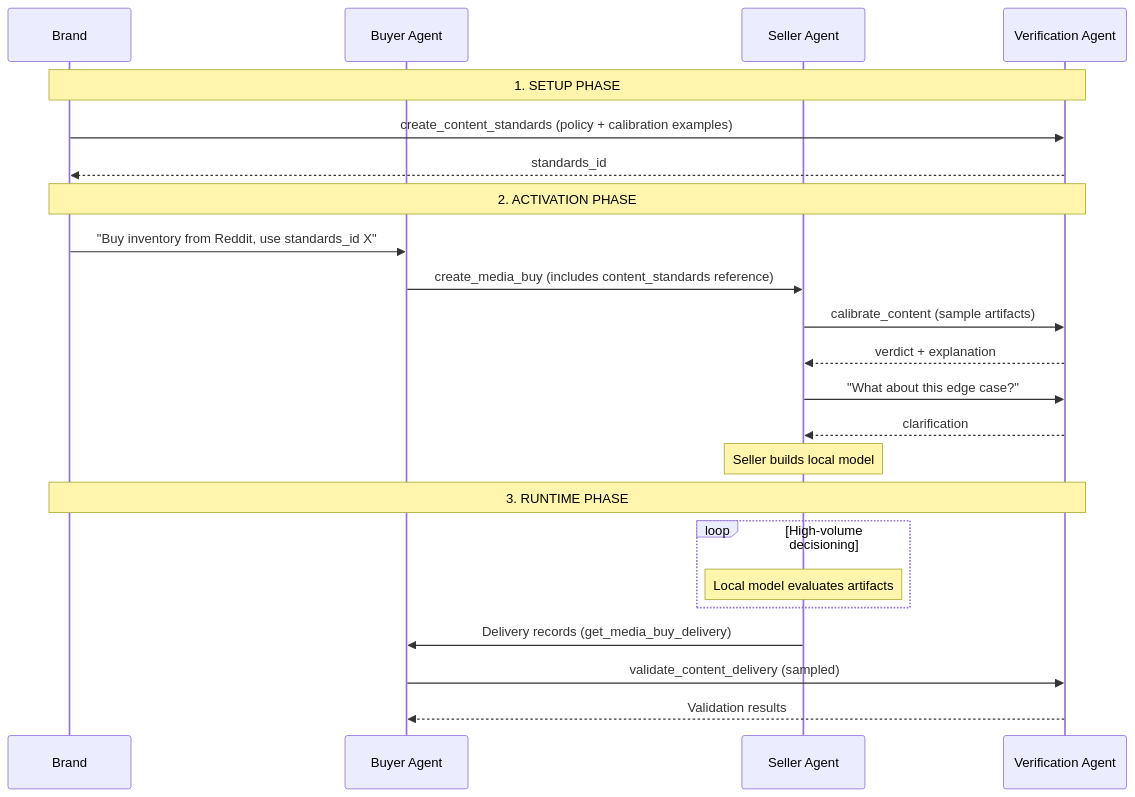
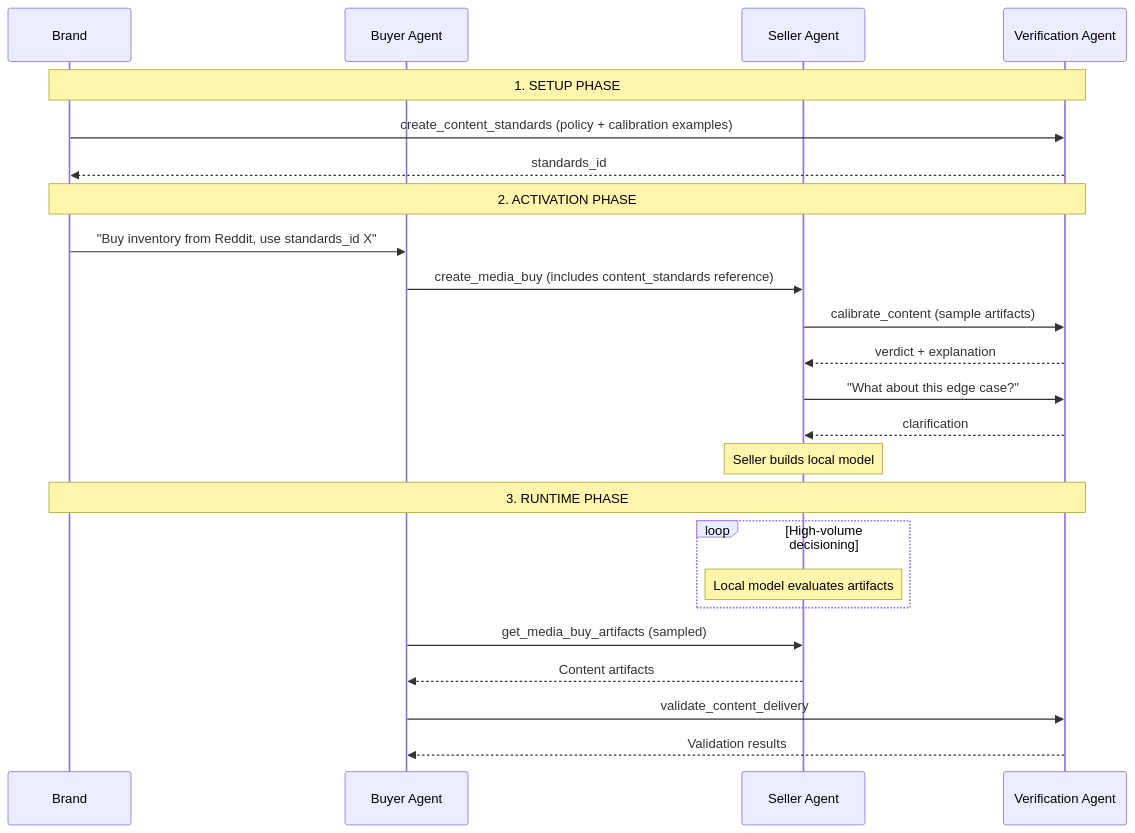
The diagram in docs/governance/content-standards/index.mdx (adcontextprotocol/adcp), drawn with Mermaid before and after one commit. The commit also changed other lines of this file and 6 other files, not shown here.

First line of the commit message:
Add get_media_buy_artifacts task for separate content retrieval

````diff
--- a/docs/governance/content-standards/index.mdx
+++ b/docs/governance/content-standards/index.mdx
@@ -31,30 +31,31 @@
 ```mermaid
 sequenceDiagram
     participant Brand
     participant Buyer as Buyer Agent
     participant Seller as Seller Agent
     participant Verifier as Verification Agent
 
     Note over Brand,Verifier: 1. SETUP PHASE
     Brand->>Verifier: create_content_standards (policy + calibration examples)
     Verifier-->>Brand: standards_id
 
     Note over Brand,Verifier: 2. ACTIVATION PHASE
     Brand->>Buyer: "Buy inventory from Reddit, use standards_id X"
     Buyer->>Seller: create_media_buy (includes content_standards reference)
 
     Seller->>Verifier: calibrate_content (sample artifacts)
     Verifier-->>Seller: verdict + explanation
     Seller->>Verifier: "What about this edge case?"
     Verifier-->>Seller: clarification
     Note over Seller: Seller builds local model
 
     Note over Brand,Verifier: 3. RUNTIME PHASE
     loop High-volume decisioning
         Note over Seller: Local model evaluates artifacts
     end
 
-    Seller->>Buyer: Delivery records (get_media_buy_delivery)
-    Buyer->>Verifier: validate_content_delivery (sampled)
+    Buyer->>Seller: get_media_buy_artifacts (sampled)
+    Seller-->>Buyer: Content artifacts
+    Buyer->>Verifier: validate_content_delivery
     Verifier-->>Buyer: Validation results
 ```
````
